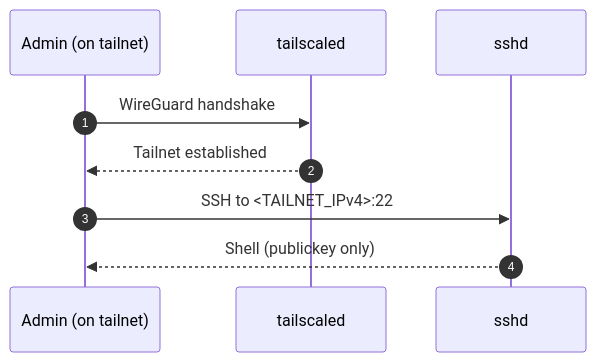
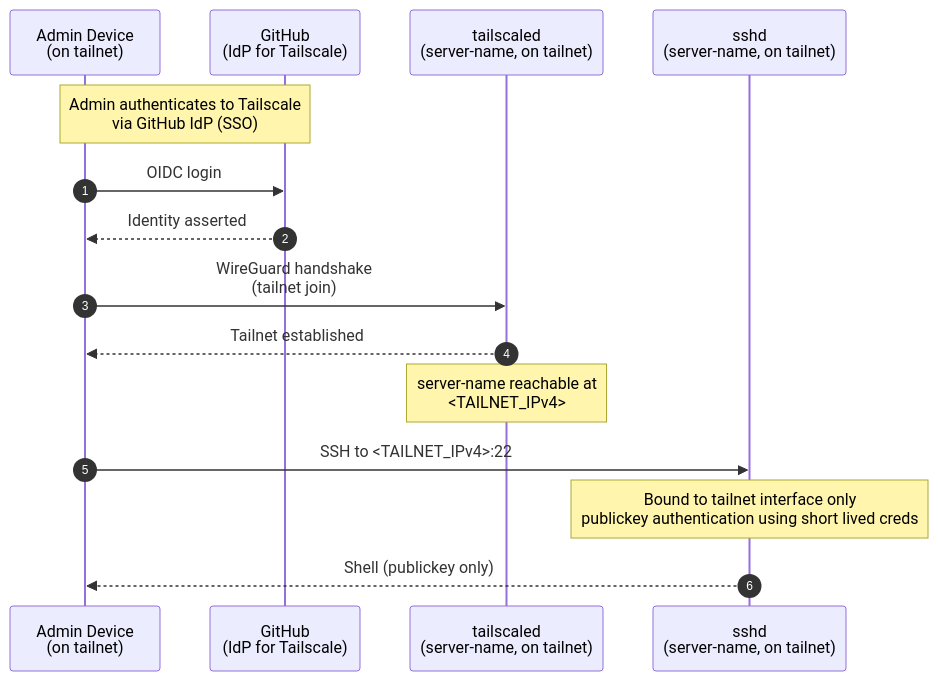
One commit to mota-lhd/blog changed the fourth of 5 diagrams in frontend/src/content/posts/tech-blog-02.md. Above: the diagram before and after it, drawn with Mermaid. The commit also changed other lines of this file and 1 other file, not shown here.

````diff
--- a/frontend/src/content/posts/tech-blog-02.md
+++ b/frontend/src/content/posts/tech-blog-02.md
@@ -150,12 +168,20 @@
 ```mermaid
 sequenceDiagram
     autonumber
-    participant A as Admin (on tailnet)
-    participant TS as tailscaled
-    participant SSH as sshd
+    participant A as Admin Device<br/>(on tailnet)
+    participant GH as GitHub<br/>(IdP for Tailscale)
+    participant TS as tailscaled<br/>(server-name, on tailnet)
+    participant SSH as sshd<br/>(server-name, on tailnet)
 
-    A->>TS: WireGuard handshake
+    Note over A,GH: Admin authenticates to Tailscale<br/>via GitHub IdP (SSO)
+    A->>GH: OIDC login
+    GH-->>A: Identity asserted
+
+    A->>TS: WireGuard handshake<br/>(tailnet join)
     TS-->>A: Tailnet established
+    Note over TS: server-name reachable at<br/><TAILNET_IPv4>;
+
     A->>SSH: SSH to <TAILNET_IPv4>:22
+    Note over SSH: Bound to tailnet interface only<br/>publickey authentication using short lived creds
     SSH-->>A: Shell (publickey only)
 ```
````
